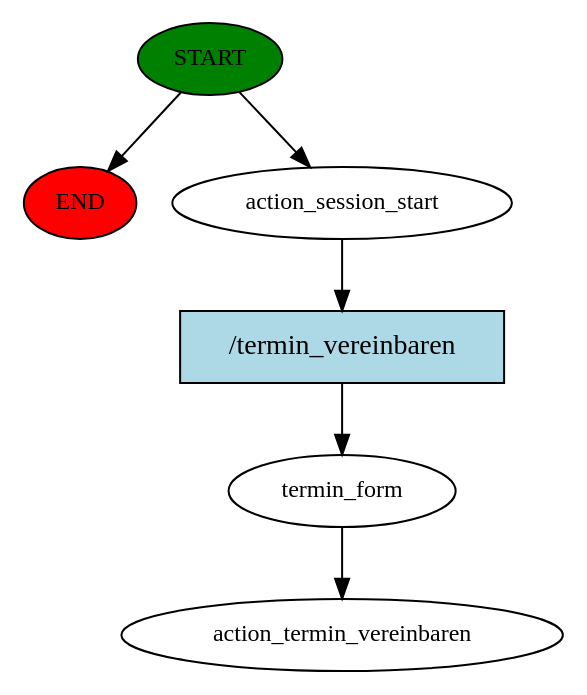
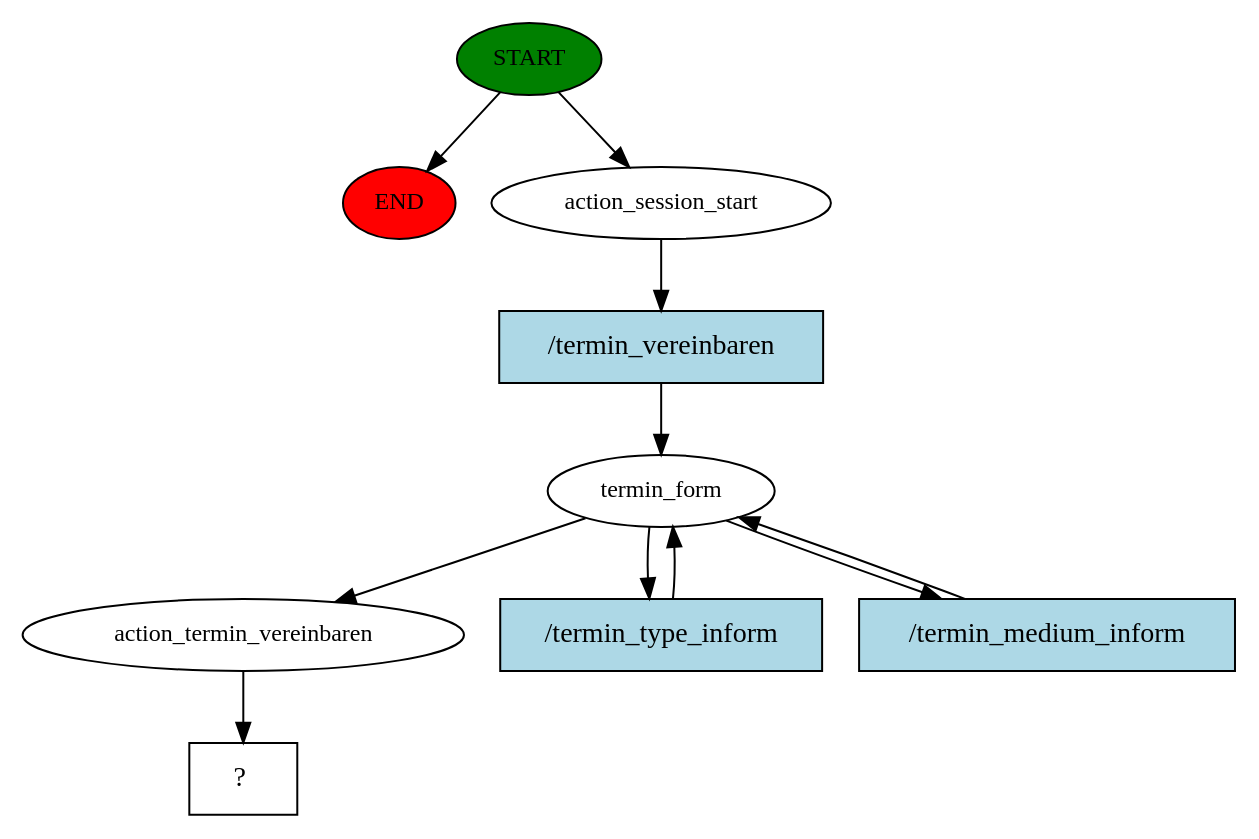
Before and after one commit to normanboettcher/BotPilot: the diagram in bot-pilot-chat/backend/rasa-actions/story_graph.dot, drawn with Graphviz. The commit also changed 9 other files, not shown here.

Commit message:
Added - ask for termin_type in termin_form

```diff
--- a/bot-pilot-chat/backend/rasa-actions/story_graph.dot
+++ b/bot-pilot-chat/backend/rasa-actions/story_graph.dot
@@ -1,13 +1,21 @@
 digraph  {
 0 [class="start active", fillcolor=green, fontsize=12, label=START, style=filled];
 "-1" [class=end, fillcolor=red, fontsize=12, label=END, style=filled];
 1 [class=active, fontsize=12, label=action_session_start];
 2 [class=active, fontsize=12, label=termin_form];
-3 [class="dashed active", fontsize=12, label=action_termin_vereinbaren];
-4 [class="intent active", fillcolor=lightblue, label="/termin_vereinbaren", shape=rect, style=filled];
+6 [class=active, fontsize=12, label=action_termin_vereinbaren];
+7 [class="intent dashed active", label="  ?  ", shape=rect];
+8 [class="intent active", fillcolor=lightblue, label="/termin_vereinbaren", shape=rect, style=filled];
+9 [class="intent active", fillcolor=lightblue, label="/termin_type_inform", shape=rect, style=filled];
+10 [class="intent active", fillcolor=lightblue, label="/termin_medium_inform", shape=rect, style=filled];
 0 -> "-1"  [class="", key=NONE, label=""];
 0 -> 1  [class=active, key=NONE, label=""];
-1 -> 4  [class=active, key=0];
-2 -> 3  [class=active, key=NONE, label=""];
-4 -> 2  [class=active, key=0];
+1 -> 8  [class=active, key=0];
+2 -> 6  [class=active, key=NONE, label=""];
+2 -> 9  [class=active, key=0];
+2 -> 10  [class=active, key=0];
+6 -> 7  [class=active, key=NONE, label=""];
+8 -> 2  [class=active, key=0];
+9 -> 2  [class=active, key=0];
+10 -> 2  [class=active, key=0];
 }
```
